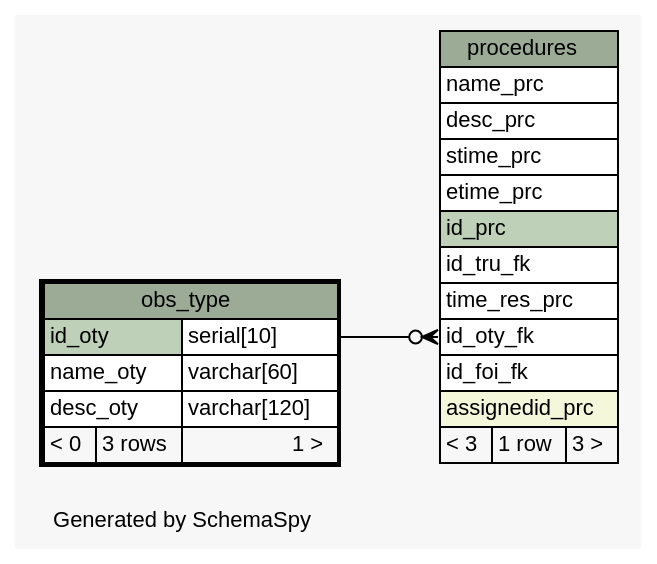
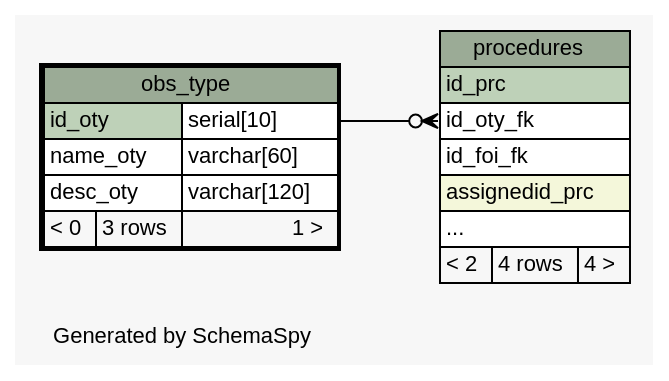
The diagram in documentation/_static/istsosDB/diagrams/obs_type.1degree.dot (istSOS/istsos2), drawn with Graphviz before and after one commit. The commit also changed 92 other files, not shown here.

Commit message:
add new schema documentation

```diff
--- a/documentation/_static/istsosDB/diagrams/obs_type.1degree.dot
+++ b/documentation/_static/istsosDB/diagrams/obs_type.1degree.dot
@@ -1,54 +1,49 @@
-// dot 2.26.3 on Linux 3.2.0-38-generic-pae
-// SchemaSpy rev 590
+// dot 2.36.0 on Linux 3.16.7-031607-generic
+// SchemaSpy rev Unknown
 digraph "oneDegreeRelationshipsDiagram" {
   graph [
     rankdir="RL"
     bgcolor="#f7f7f7"
     label="\nGenerated by SchemaSpy"
     labeljust="l"
     nodesep="0.18"
     ranksep="0.46"
     fontname="Helvetica"
     fontsize="11"
   ];
   node [
     fontname="Helvetica"
     fontsize="11"
     shape="plaintext"
   ];
   edge [
     arrowsize="0.8"
   ];
   "procedures":"id_oty_fk":w -> "obs_type":"id_oty.type":e [arrowhead=none dir=back arrowtail=crowodot];
   "obs_type" [
     label=<
     <TABLE BORDER="2" CELLBORDER="1" CELLSPACING="0" BGCOLOR="#ffffff">
       <TR><TD COLSPAN="3" BGCOLOR="#9bab96" ALIGN="CENTER">obs_type</TD></TR>
       <TR><TD PORT="id_oty" COLSPAN="2" BGCOLOR="#bed1b8" ALIGN="LEFT">id_oty</TD><TD PORT="id_oty.type" ALIGN="LEFT">serial[10]</TD></TR>
       <TR><TD PORT="name_oty" COLSPAN="2" ALIGN="LEFT">name_oty</TD><TD PORT="name_oty.type" ALIGN="LEFT">varchar[60]</TD></TR>
       <TR><TD PORT="desc_oty" COLSPAN="2" ALIGN="LEFT">desc_oty</TD><TD PORT="desc_oty.type" ALIGN="LEFT">varchar[120]</TD></TR>
       <TR><TD ALIGN="LEFT" BGCOLOR="#f7f7f7">&lt; 0</TD><TD ALIGN="RIGHT" BGCOLOR="#f7f7f7">3 rows</TD><TD ALIGN="RIGHT" BGCOLOR="#f7f7f7">1 &gt;</TD></TR>
     </TABLE>>
     URL="obs_type.html"
     tooltip="obs_type"
   ];
   "procedures" [
     label=<
     <TABLE BORDER="0" CELLBORDER="1" CELLSPACING="0" BGCOLOR="#ffffff">
       <TR><TD COLSPAN="3" BGCOLOR="#9bab96" ALIGN="CENTER">procedures</TD></TR>
-      <TR><TD PORT="name_prc" COLSPAN="3" ALIGN="LEFT">name_prc</TD></TR>
-      <TR><TD PORT="desc_prc" COLSPAN="3" ALIGN="LEFT">desc_prc</TD></TR>
-      <TR><TD PORT="stime_prc" COLSPAN="3" ALIGN="LEFT">stime_prc</TD></TR>
-      <TR><TD PORT="etime_prc" COLSPAN="3" ALIGN="LEFT">etime_prc</TD></TR>
       <TR><TD PORT="id_prc" COLSPAN="3" BGCOLOR="#bed1b8" ALIGN="LEFT">id_prc</TD></TR>
-      <TR><TD PORT="id_tru_fk" COLSPAN="3" ALIGN="LEFT">id_tru_fk</TD></TR>
-      <TR><TD PORT="time_res_prc" COLSPAN="3" ALIGN="LEFT">time_res_prc</TD></TR>
       <TR><TD PORT="id_oty_fk" COLSPAN="3" ALIGN="LEFT">id_oty_fk</TD></TR>
       <TR><TD PORT="id_foi_fk" COLSPAN="3" ALIGN="LEFT">id_foi_fk</TD></TR>
       <TR><TD PORT="assignedid_prc" COLSPAN="3" BGCOLOR="#f4f7da" ALIGN="LEFT">assignedid_prc</TD></TR>
-      <TR><TD ALIGN="LEFT" BGCOLOR="#f7f7f7">&lt; 3</TD><TD ALIGN="RIGHT" BGCOLOR="#f7f7f7">1 row</TD><TD ALIGN="RIGHT" BGCOLOR="#f7f7f7">3 &gt;</TD></TR>
+      <TR><TD PORT="elipses" COLSPAN="3" ALIGN="LEFT">...</TD></TR>
+      <TR><TD ALIGN="LEFT" BGCOLOR="#f7f7f7">&lt; 2</TD><TD ALIGN="RIGHT" BGCOLOR="#f7f7f7">4 rows</TD><TD ALIGN="RIGHT" BGCOLOR="#f7f7f7">4 &gt;</TD></TR>
     </TABLE>>
     URL="procedures.html"
     tooltip="procedures"
   ];
 }
```
